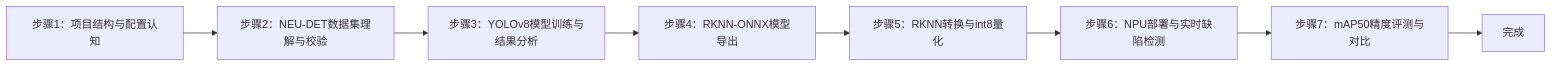
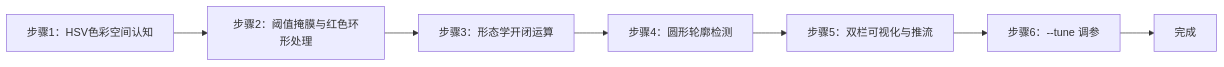
The first of 7 diagrams in courses/sheet1/robot_vision/_parts/experiment-1.md (aibittek/course_generate_agent), drawn with Mermaid before and after one commit. The commit also changed other lines of this file and 98 other files, not shown here.

````diff
--- a/courses/sheet1/robot_vision/_parts/experiment-1.md
+++ b/courses/sheet1/robot_vision/_parts/experiment-1.md
@@ -95,10 +76,9 @@
 ```mermaid
 graph LR
-    A[步骤1：项目结构与配置认知] --> B[步骤2：NEU-DET数据集理解与校验]
-    B --> C[步骤3：YOLOv8模型训练与结果分析]
-    C --> D[步骤4：RKNN-ONNX模型导出]
-    D --> E[步骤5：RKNN转换与int8量化]
-    E --> F[步骤6：NPU部署与实时缺陷检测]
-    F --> G[步骤7：mAP50精度评测与对比]
-    G --> H[完成]
+    A[步骤1：HSV色彩空间认知] --> B[步骤2：阈值掩膜与红色环形处理]
+    B --> C[步骤3：形态学开闭运算]
+    C --> D[步骤4：圆形轮廓检测]
+    D --> E[步骤5：双栏可视化与推流]
+    E --> F[步骤6：--tune 调参]
+    F --> G[完成]
 ```
````
